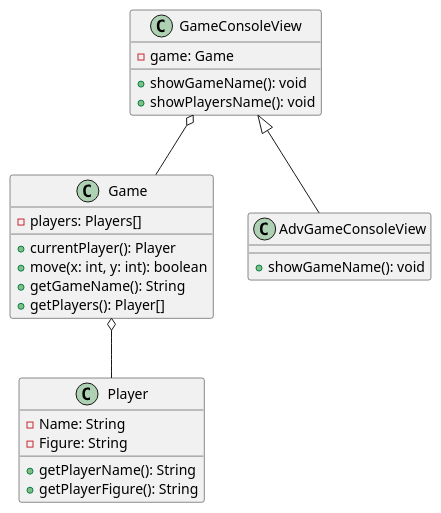
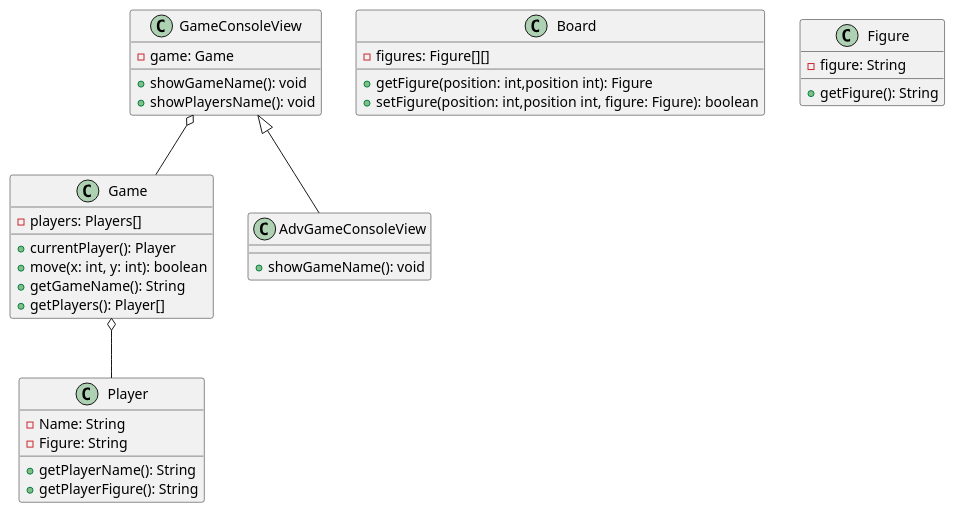
Before and after one commit to tuchanemo/XO: the diagram in src/io/hexlet/java/m101/xo/xouml.puml, drawn with PlantUML. The commit also changed 8 other files, not shown here.

```diff
--- a/src/io/hexlet/java/m101/xo/xouml.puml
+++ b/src/io/hexlet/java/m101/xo/xouml.puml
@@ -1,31 +1,42 @@
 @startuml
 GameConsoleView o-- Game
 Game o-- Player
 GameConsoleView <|-- AdvGameConsoleView
 
 class Player {
 -Name: String
 -Figure: String
 +getPlayerName(): String
 +getPlayerFigure(): String
 }
 
 class Game {
 -players: Players[]
 +currentPlayer(): Player
 +move(x: int, y: int): boolean
 +getGameName(): String
 +getPlayers(): Player[]
 }
 
 class GameConsoleView {
 -game: Game
 +showGameName(): void
 +showPlayersName(): void
 }
 
 class AdvGameConsoleView {
 +showGameName(): void
 }
 
+class Board {
+-figures: Figure[][]
++getFigure(position: int,position int): Figure
++setFigure(position: int,position int, figure: Figure): boolean
+}
+
+class Figure {
+-figure: String
++getFigure(): String
+}
+
 @enduml
```
